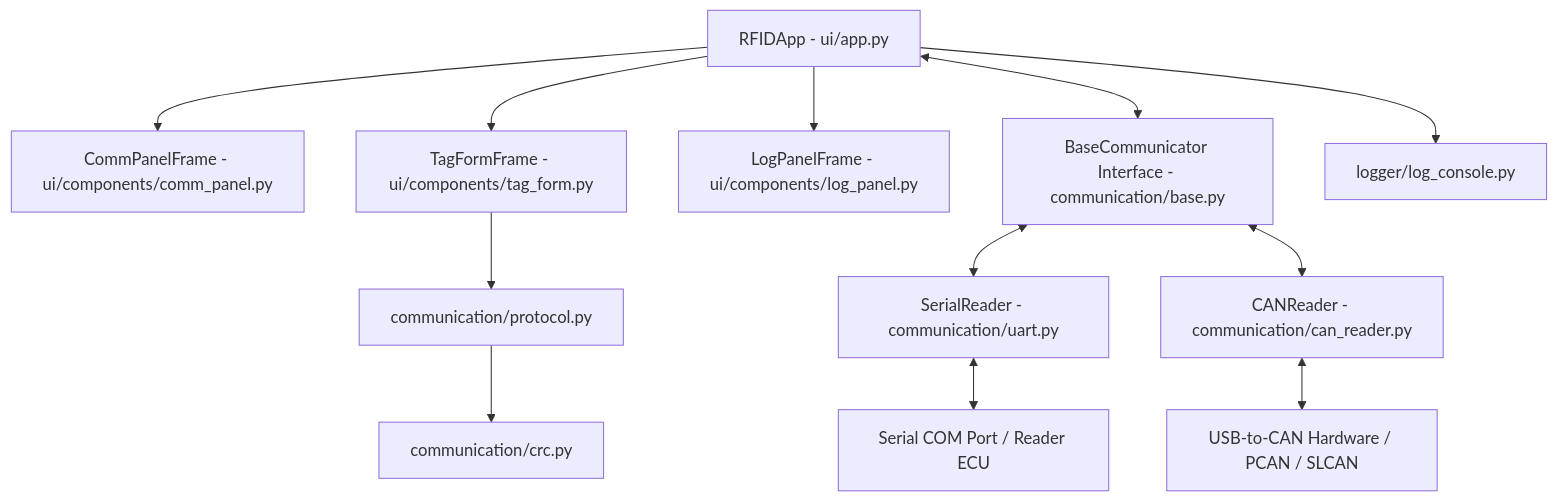
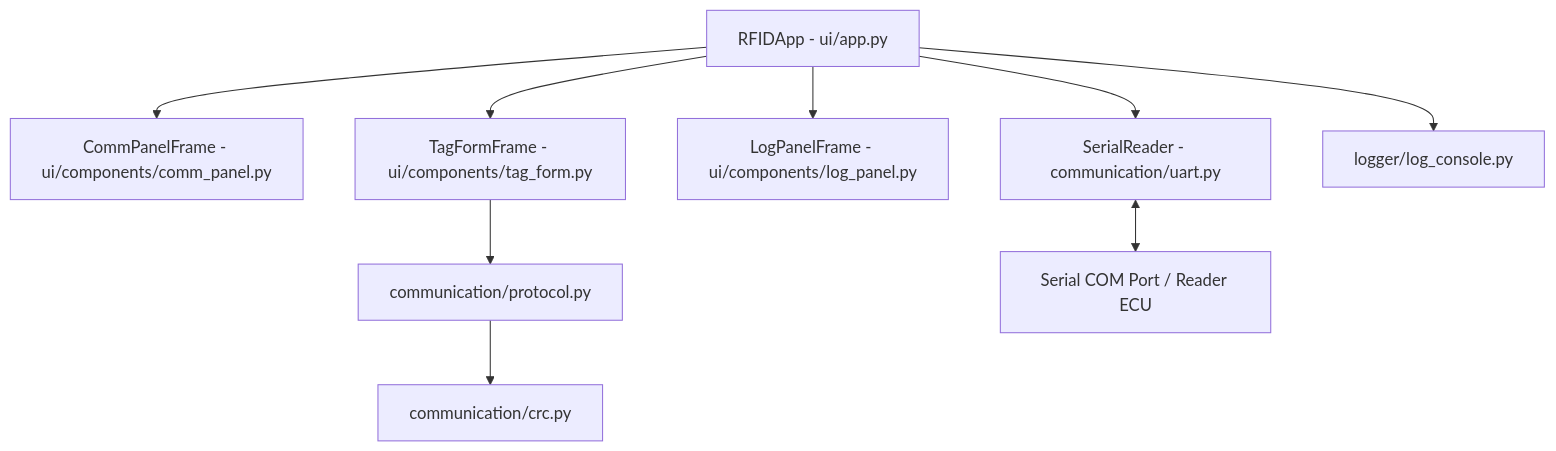
One commit to Accolade-Qa/RFID changed the diagram in info.md. Above: the diagram before and after it, drawn with Mermaid. The commit also changed other lines of this file and 12 other files, not shown here.

First line of the commit message:
Refactor communication handling to remove CAN support

````diff
--- a/info.md
+++ b/info.md
@@ -68,18 +58,14 @@
 ```mermaid
 graph TD
     UI[RFIDApp - ui/app.py] --> CommPanel[CommPanelFrame - ui/components/comm_panel.py]
     UI --> TagForm[TagFormFrame - ui/components/tag_form.py]
     UI --> LogPanel[LogPanelFrame - ui/components/log_panel.py]
     
     TagForm --> Protocol[communication/protocol.py]
     Protocol --> CRC[communication/crc.py]
     
-    UI <--> Base[BaseCommunicator Interface - communication/base.py]
-    Base <--> UART[SerialReader - communication/uart.py]
-    Base <--> CAN[CANReader - communication/can_reader.py]
+    UI --> UART[SerialReader - communication/uart.py]
     
     UART <--> SerialHW[Serial COM Port / Reader ECU]
-    CAN <--> CANHW[USB-to-CAN Hardware / PCAN / SLCAN]
-    
     UI --> Logger[logger/log_console.py]
 ```
````
